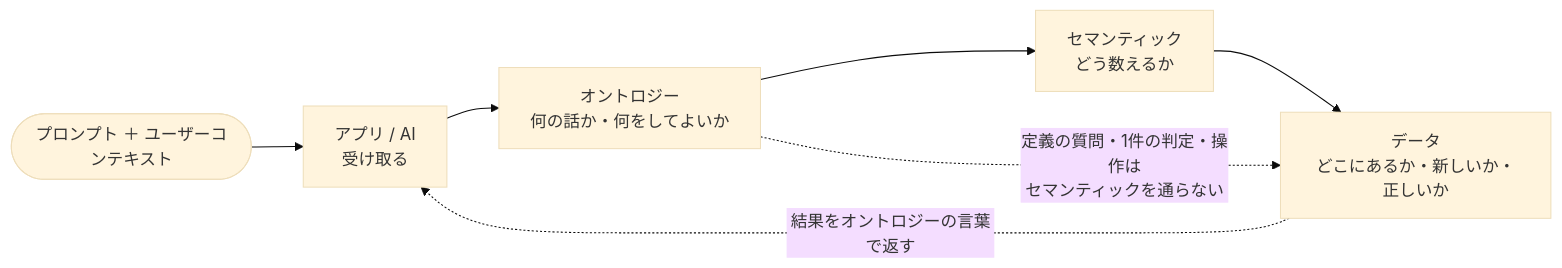
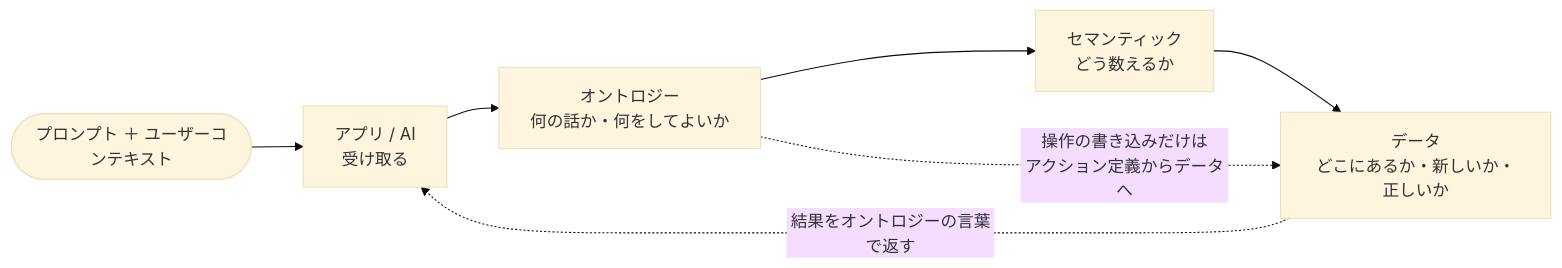
Before and after one commit to keito118/ai-ready-requirements: the first of 2 diagrams in framework/ja/06_ontology-design.md, drawn with Mermaid (base theme). The commit also changed other lines of this file and 14 other files, not shown here.

````diff
--- a/framework/ja/06_ontology-design.md
+++ b/framework/ja/06_ontology-design.md
@@ -9,9 +9,9 @@
 ```mermaid
 flowchart LR
   Q([プロンプト ＋ ユーザーコンテキスト]) --> APP[アプリ / AI<br/>受け取る]
   APP --> O[オントロジー<br/>何の話か・何をしてよいか]
   O --> S[セマンティック<br/>どう数えるか]
   S --> D[データ<br/>どこにあるか・新しいか・正しいか]
-  O -. 定義の質問・1件の判定・操作は<br/>セマンティックを通らない .-> D
+  O -. 操作の書き込みだけは<br/>アクション定義からデータへ .-> D
   D -. 結果をオントロジーの言葉で返す .-> APP
 ```
````
